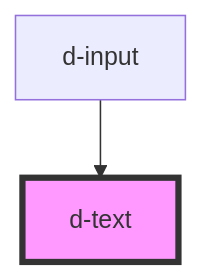
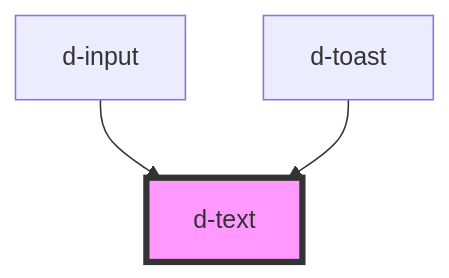
One commit to ForkbombEu/didroom-components changed the diagram in src/components/text/readme.md. Above: the diagram before and after it, drawn with Mermaid. The commit also changed other lines of this file and 9 other files, not shown here.

````diff
--- a/src/components/text/readme.md
+++ b/src/components/text/readme.md
@@ -23,5 +24,6 @@
 ```mermaid
 graph TD;
   d-input --> d-text
+  d-toast --> d-text
   style d-text fill:#f9f,stroke:#333,stroke-width:4px
 ```
````
